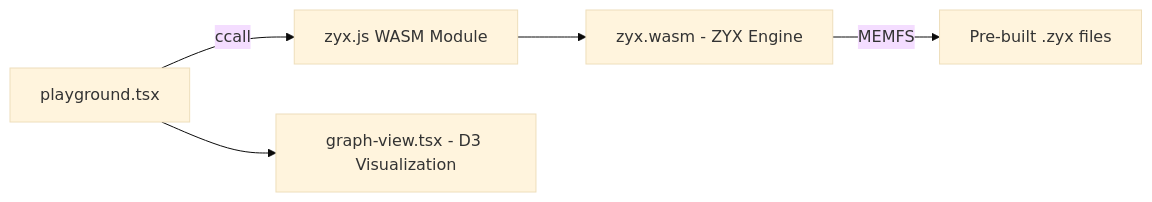
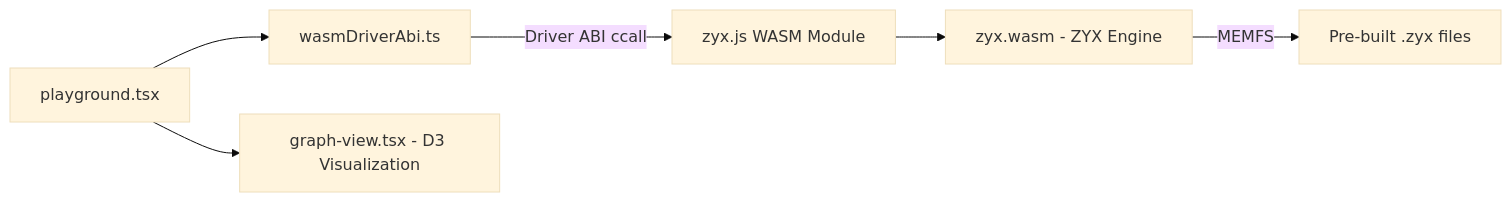
One commit to nexepic/zyx changed the second of 2 diagrams in rules/architecture.md. Above: the diagram before and after it, drawn with Mermaid (base theme). The commit also changed other lines of this file and 88 other files, not shown here.

First line of the commit message:
Replace legacy C API with Driver ABI bindings

````diff
--- a/rules/architecture.md
+++ b/rules/architecture.md
@@ -418,7 +413,7 @@
 ```mermaid
 graph LR
-    A[playground.tsx] -->|ccall| B[zyx.js WASM Module]
-    B --> C[zyx.wasm - ZYX Engine]
-    C -->|MEMFS| D[Pre-built .zyx files]
-    A --> E[graph-view.tsx - D3 Visualization]
+    A[playground.tsx] --> B[wasmDriverAbi.ts] -->|Driver ABI ccall| C[zyx.js WASM Module]
+    C --> D[zyx.wasm - ZYX Engine]
+    D -->|MEMFS| E[Pre-built .zyx files]
+    A --> F[graph-view.tsx - D3 Visualization]
 ```
````
